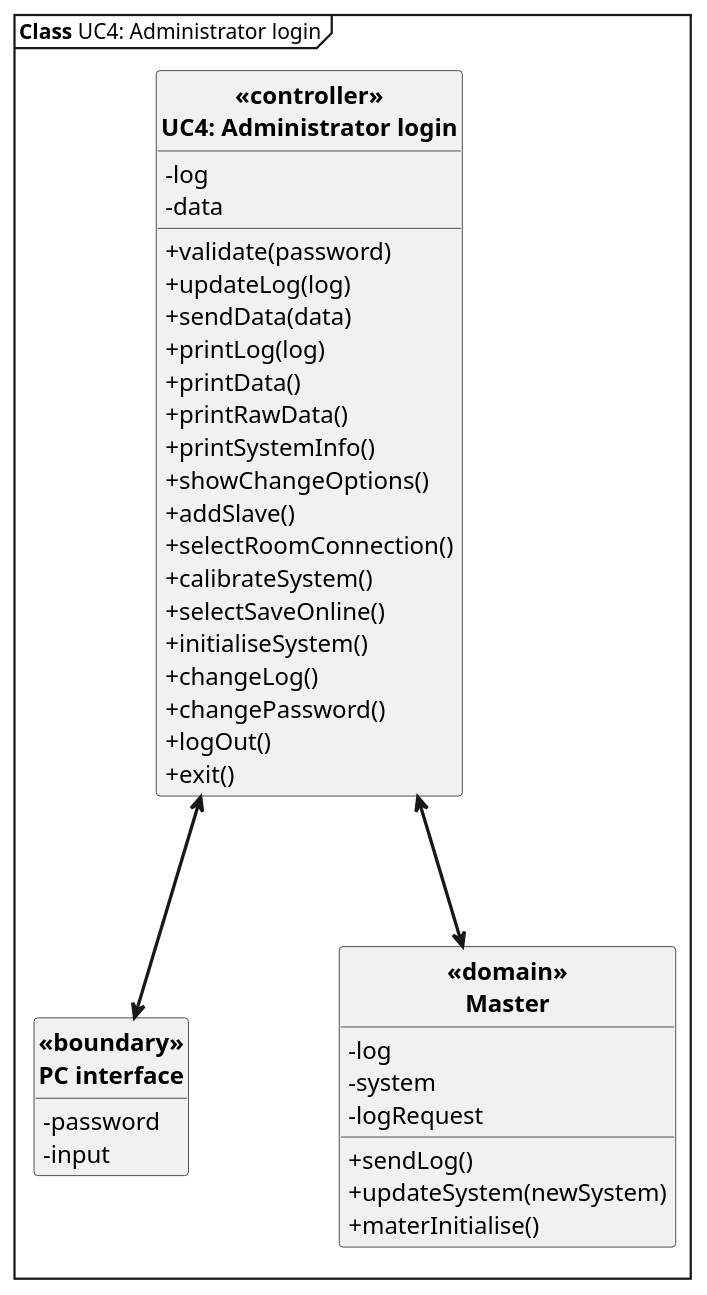
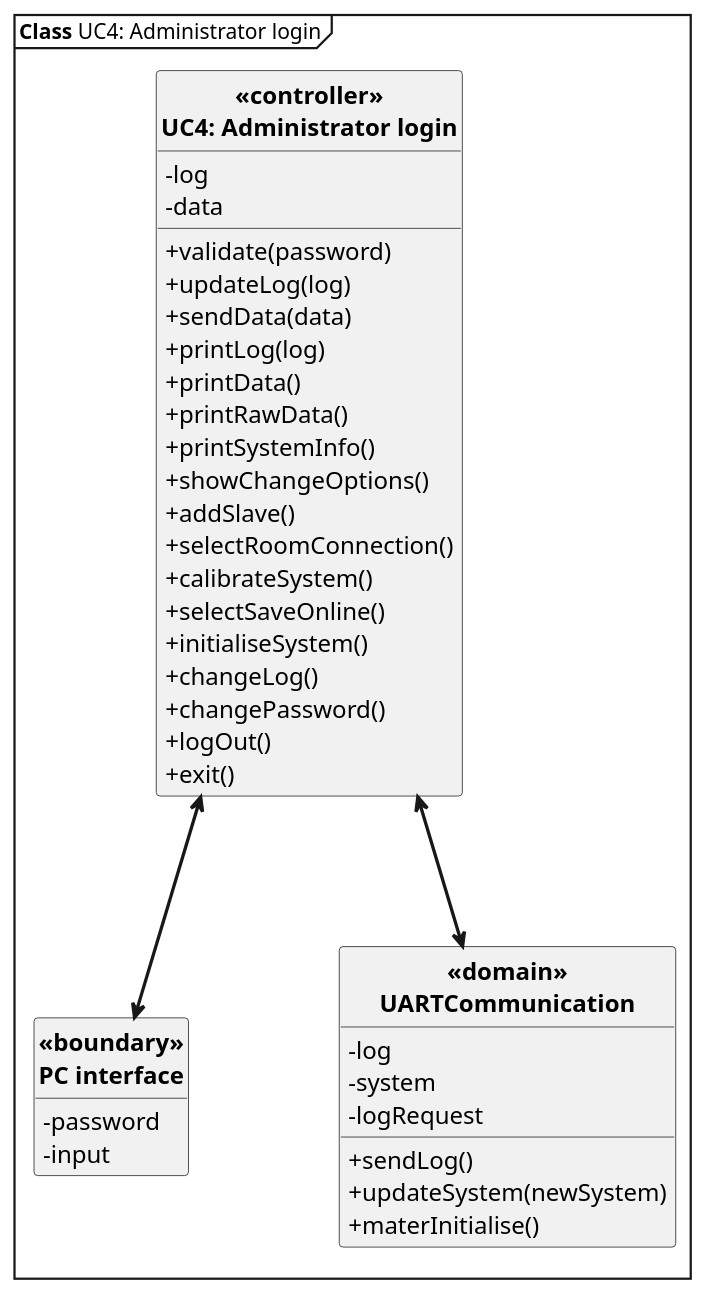
The diagram in Updated SysML/Software Arkitektur-Design/UC4 AM/UC4 class.puml (Tukkel/Projekt_2), drawn with PlantUML before and after one commit. The commit also changed 1 other file, not shown here.

```diff
--- a/Updated SysML/Software Arkitektur-Design/UC4 AM/UC4 class.puml
+++ b/Updated SysML/Software Arkitektur-Design/UC4 AM/UC4 class.puml
@@ -1,59 +1,59 @@
 @startuml UC4 class
 ' Default param deffinition
 skinparam style strictuml
 skinparam DefaultFontSize 16
 skinparam ArrowFontSize 16
 skinparam ArrowThickness 2.2
 skinparam Linetype poly
 skinparam ranksep 100
 skinparam nodesep 100
 skinparam classAttributeIconSize 0 
 hide empty members
 
 
 mainframe **Class** UC4: Administrator login
 
 ' Class definition
 
 Class "**<<boundary>>**\n**PC interface**" as UI{
 - password
 - input
 }
 
 
-Class "**<<domain>>**\n**Master**" as master{
+Class "**<<domain>>**\n**UARTCommunication**" as master{
 + sendLog()
 + updateSystem(newSystem)
 + materInitialise()
 - log
 - system
 - logRequest
 }
 
 Class "**<<controller>>**\n**UC4: Administrator login**" as PC{
 + validate(password)
 + updateLog(log)
 + sendData(data)
 + printLog(log)
 + printData()
 + printRawData()
 + printSystemInfo()
 + showChangeOptions()
 + addSlave()
 + selectRoomConnection()
 + calibrateSystem()
 + selectSaveOnline()
 + initialiseSystem()
 + changeLog()
 + changePassword()
 + logOut()
 + exit()
 - log
 - data
 }
 
 ' Conection definition
 PC <--> UI
 PC <--> master
 
 @enduml
```
